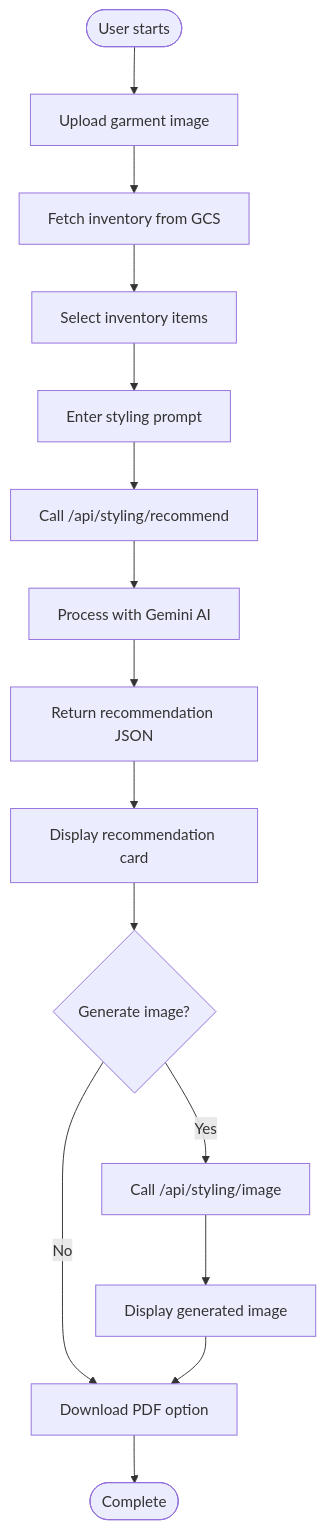
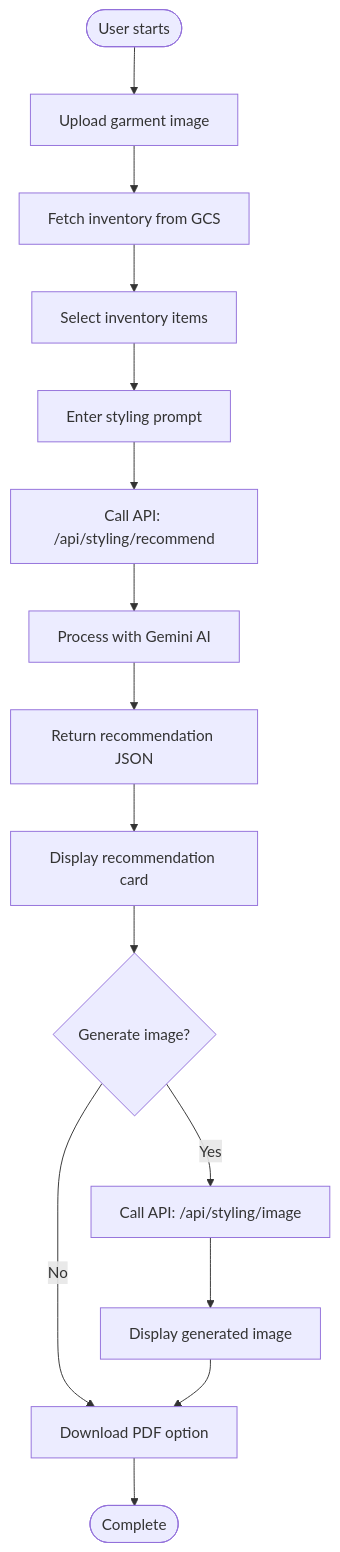
One commit to DixonKimandu/ai-fashion-stylist changed the fourth of 5 diagrams in README.md. Above: the diagram before and after it, drawn with Mermaid. The commit also changed other lines of this file, not shown here.

Commit message:
Update README.md to improve clarity and consistency in API endpoint representation and component references. Change syntax for API routes and service files to use quotes for better readability in architecture diagrams.

````diff
--- a/README.md
+++ b/README.md
@@ -177,17 +177,17 @@
 ```mermaid
 flowchart TD
     Start([User starts]) --> Upload[Upload garment image]
     Upload --> Fetch[Fetch inventory from GCS]
     Fetch --> Select[Select inventory items]
     Select --> Enter[Enter styling prompt]
-    Enter --> Call[Call /api/styling/recommend]
+    Enter --> Call["Call API: /api/styling/recommend"]
     Call --> Process[Process with Gemini AI]
     Process --> Return[Return recommendation JSON]
     Return --> Display[Display recommendation card]
     Display --> Generate{Generate image?}
-    Generate -->|Yes| ImageAPI[Call /api/styling/image]
+    Generate -->|Yes| ImageAPI["Call API: /api/styling/image"]
     Generate -->|No| Download[Download PDF option]
     ImageAPI --> ImageDisplay[Display generated image]
     ImageDisplay --> Download
     Download --> End([Complete])
 ```
````
